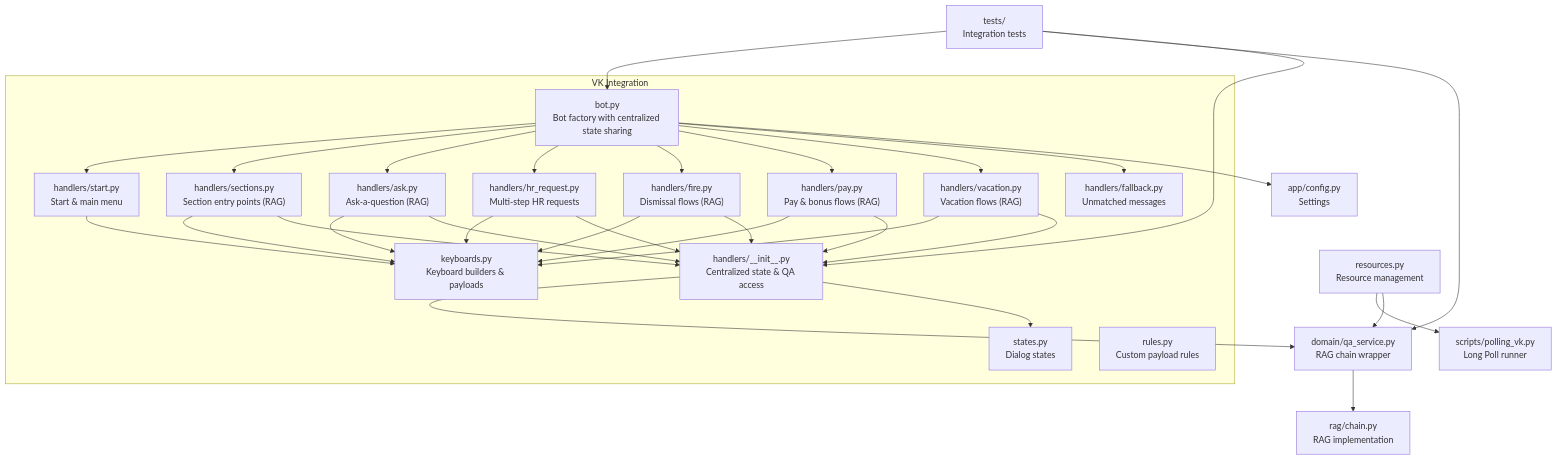
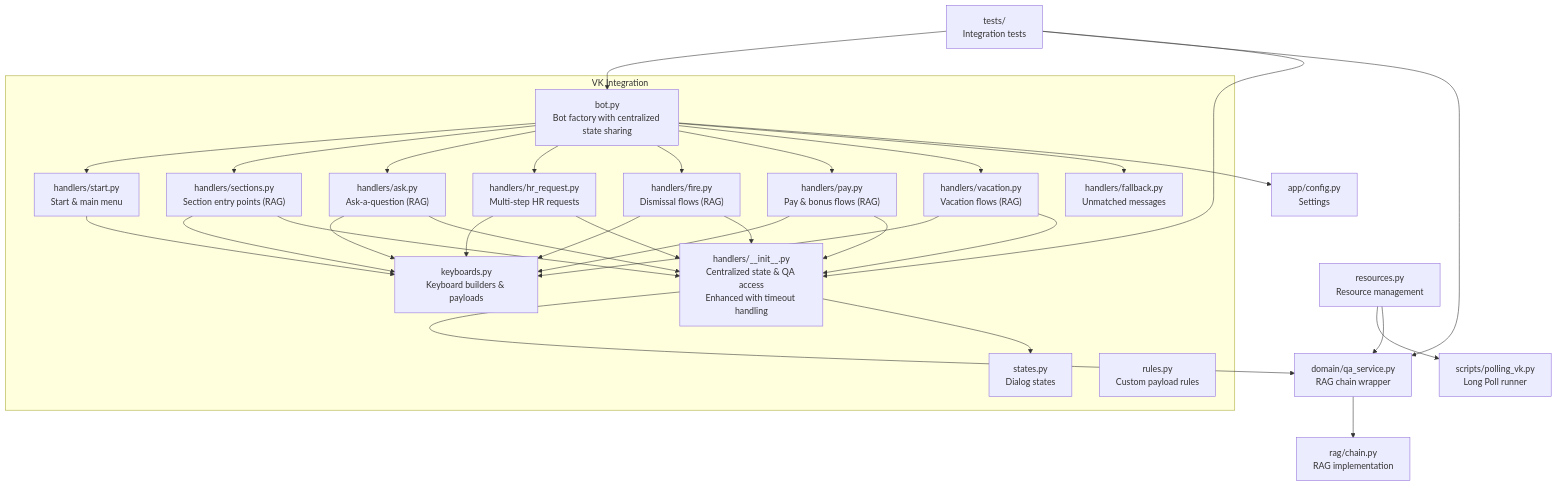
One commit to ognelis/cafetera_hr_bot changed the first of 15 diagrams in .qoder/repowiki/en/content/VK Integration/VK Integration.md. Above: the diagram before and after it, drawn with Mermaid. The commit also changed other lines of this file and 20 other files, not shown here.

````diff
--- a/.qoder/repowiki/en/content/VK Integration/VK Integration.md
+++ b/.qoder/repowiki/en/content/VK Integration/VK Integration.md
@@ -71,54 +76,54 @@
 ```mermaid
 graph TB
 subgraph "VK Integration"
 BOT["bot.py<br/>Bot factory with centralized state sharing"]
 START["handlers/start.py<br/>Start & main menu"]
 SECTIONS["handlers/sections.py<br/>Section entry points (RAG)"]
 ASK["handlers/ask.py<br/>Ask-a-question (RAG)"]
 HR_REQUEST["handlers/hr_request.py<br/>Multi-step HR requests"]
 FIRE["handlers/fire.py<br/>Dismissal flows (RAG)"]
 PAY["handlers/pay.py<br/>Pay & bonus flows (RAG)"]
 VACATION["handlers/vacation.py<br/>Vacation flows (RAG)"]
 FALLBACK["handlers/fallback.py<br/>Unmatched messages"]
 KEYBOARDS["keyboards.py<br/>Keyboard builders & payloads"]
 STATES["states.py<br/>Dialog states"]
-UTILS["handlers/__init__.py<br/>Centralized state & QA access"]
+UTILS["handlers/__init__.py<br/>Centralized state & QA access<br/>Enhanced with timeout handling"]
 RULES["rules.py<br/>Custom payload rules"]
 end
 RESOURCES["resources.py<br/>Resource management"]
 QA_SERVICE["domain/qa_service.py<br/>RAG chain wrapper"]
 CHAIN["rag/chain.py<br/>RAG implementation"]
 SCRIPT["scripts/polling_vk.py<br/>Long Poll runner"]
 CONFIG["app/config.py<br/>Settings"]
 TESTS["tests/<br/>Integration tests"]
 BOT --> START
 BOT --> SECTIONS
 BOT --> ASK
 BOT --> HR_REQUEST
 BOT --> FIRE
 BOT --> PAY
 BOT --> VACATION
 BOT --> FALLBACK
 START --> KEYBOARDS
 SECTIONS --> KEYBOARDS
 ASK --> KEYBOARDS
 HR_REQUEST --> KEYBOARDS
 FIRE --> KEYBOARDS
 PAY --> KEYBOARDS
 VACATION --> KEYBOARDS
 ASK --> UTILS
 FIRE --> UTILS
 PAY --> UTILS
 VACATION --> UTILS
 SECTIONS --> UTILS
 HR_REQUEST --> UTILS
 UTILS --> QA_SERVICE
 UTILS --> STATES
 RESOURCES --> SCRIPT
 RESOURCES --> QA_SERVICE
 QA_SERVICE --> CHAIN
 BOT --> CONFIG
 TESTS --> BOT
 TESTS --> QA_SERVICE
 TESTS --> UTILS
 ```
````
